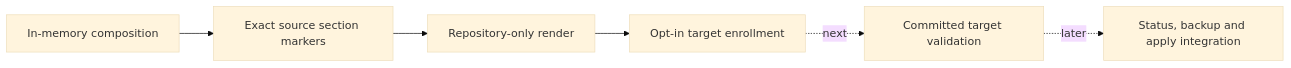
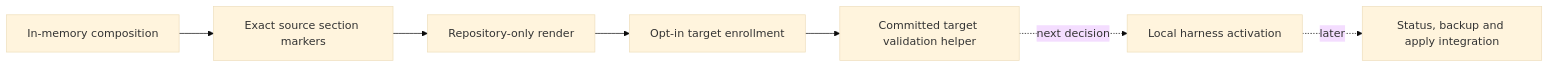
Before and after one commit to ferrywlto/ai-env-as-code: the sixth of 6 diagrams in docs/shared-instructions-design.md, drawn with Mermaid (base theme). The commit also changed other lines of this file and 3 other files, not shown here.

````diff
--- a/docs/shared-instructions-design.md
+++ b/docs/shared-instructions-design.md
@@ -154,8 +157,9 @@
 ```mermaid
 flowchart LR
     Compose[In-memory composition] --> Sections[Exact source section markers]
     Sections --> Render[Repository-only render]
     Render --> Enrollment[Opt-in target enrollment]
-    Enrollment -.->|next| Validation[Committed target validation]
-    Validation -.->|later| Directional[Status, backup and apply integration]
+    Enrollment --> Validation[Committed target validation helper]
+    Validation -.->|next decision| Local[Local harness activation]
+    Local -.->|later| Directional[Status, backup and apply integration]
 ```
````
